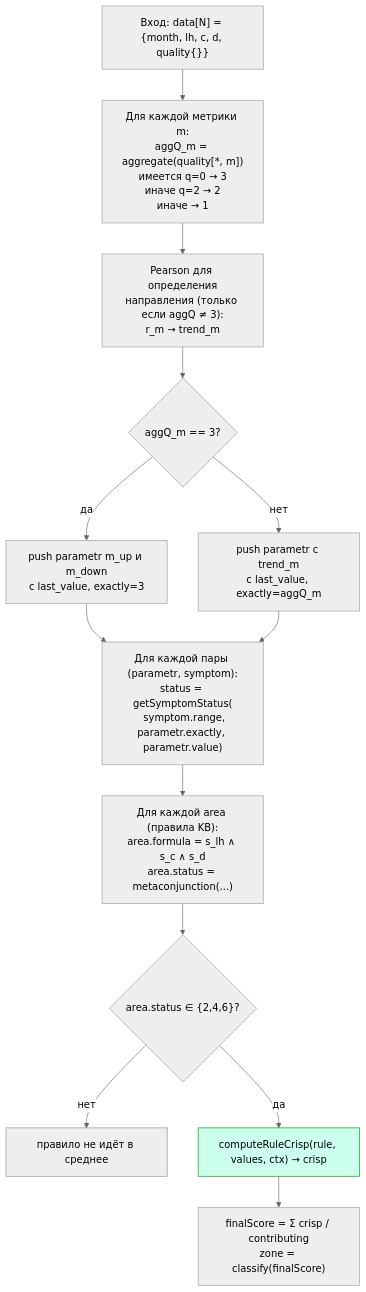
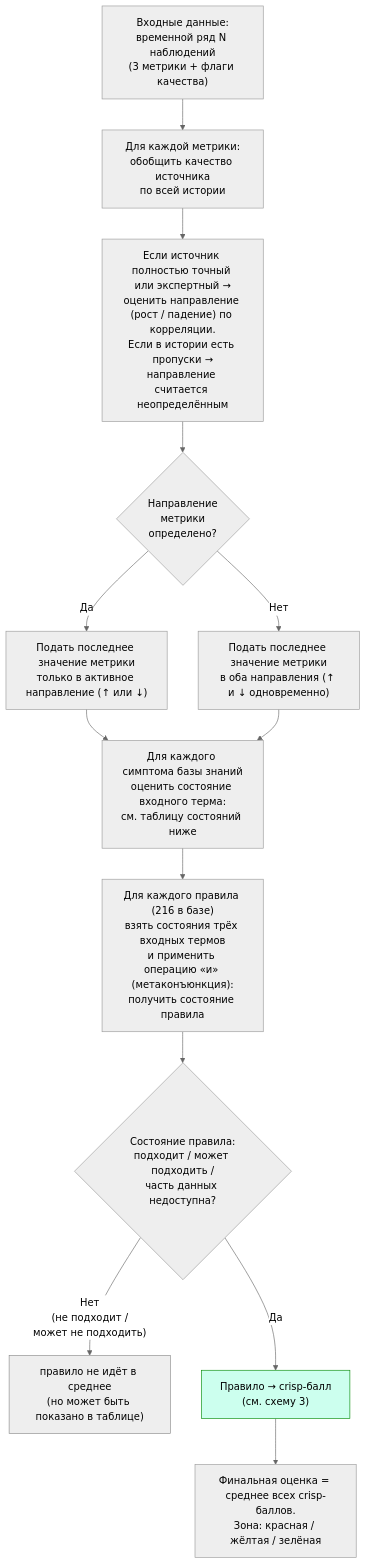
One commit to arishkaa05/Supplier-Evaluation-System changed the second of 4 diagrams in samples/test-cases/FLOWCHARTS.md. Above: the diagram before and after it, drawn with Mermaid (neutral theme). The commit also changed other lines of this file, not shown here.

First line of the commit message:
docs(FLOWCHARTS): rewrite blocks with plain-language descriptions

````diff
--- a/samples/test-cases/FLOWCHARTS.md
+++ b/samples/test-cases/FLOWCHARTS.md
@@ -55,18 +56,18 @@
 ```mermaid
 flowchart TD
-    A["Вход: data[N] = {month, lh, c, d, quality{}}"] --> B["Для каждой метрики m:<br/>aggQ_m = aggregate(quality[*, m])<br/>имеется q=0 → 3<br/>иначе q=2 → 2<br/>иначе → 1"]
-    B --> C["Pearson для определения<br/>направления (только если aggQ ≠ 3):<br/>r_m → trend_m"]
-    C --> D{"aggQ_m == 3?"}
-    D -->|"да"| E1["push parametr m_up и m_down<br/>с last_value, exactly=3"]
-    D -->|"нет"| E2["push parametr с trend_m<br/>с last_value, exactly=aggQ_m"]
-    E1 --> F["Для каждой пары (parametr, symptom):<br/>status = getSymptomStatus(<br/>  symptom.range, parametr.exactly, parametr.value)"]
+    A["Входные данные:<br/>временной ряд N наблюдений<br/>(3 метрики + флаги качества)"] --> B["Для каждой метрики:<br/>обобщить качество источника<br/>по всей истории"]
+    B --> C["Если источник полностью точный или экспертный →<br/>оценить направление (рост / падение) по корреляции.<br/>Если в истории есть пропуски →<br/>направление считается неопределённым"]
+    C --> D{"Направление<br/>метрики<br/>определено?"}
+    D -->|"Да"| E1["Подать последнее значение метрики<br/>только в активное направление (↑ или ↓)"]
+    D -->|"Нет"| E2["Подать последнее значение метрики<br/>в оба направления (↑ и ↓ одновременно)"]
+    E1 --> F["Для каждого симптома базы знаний<br/>оценить состояние входного терма:<br/>см. таблицу состояний ниже"]
     E2 --> F
-    F --> G["Для каждой area (правила KB):<br/>area.formula = s_lh ∧ s_c ∧ s_d<br/>area.status = metaconjunction(...)"]
-    G --> H{"area.status ∈ {2,4,6}?"}
-    H -->|"нет"| SKIP["правило не идёт в среднее"]
-    H -->|"да"| J["computeRuleCrisp(rule, values, ctx) → crisp"]
-    J --> K["finalScore = Σ crisp / contributing<br/>zone = classify(finalScore)"]
+    F --> G["Для каждого правила (216 в базе)<br/>взять состояния трёх входных термов<br/>и применить операцию «и» (метаконъюнкция):<br/>получить состояние правила"]
+    G --> H{"Состояние правила:<br/>подходит / может подходить /<br/>часть данных недоступна?"}
+    H -->|"Нет<br/>(не подходит /<br/>может не подходить)"| SKIP["правило не идёт в среднее<br/>(но может быть показано в таблице)"]
+    H -->|"Да"| J["Правило → crisp-балл<br/>(см. схему 3)"]
+    J --> K["Финальная оценка = среднее всех crisp-баллов.<br/>Зона: красная / жёлтая / зелёная"]
 
     style J fill:#cfe,stroke:#080
     style SKIP fill:#eee,stroke:#888
 ```
````
